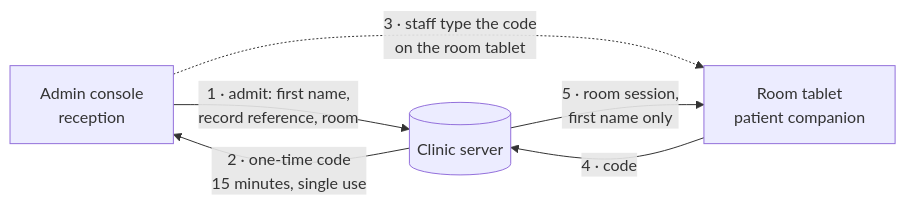
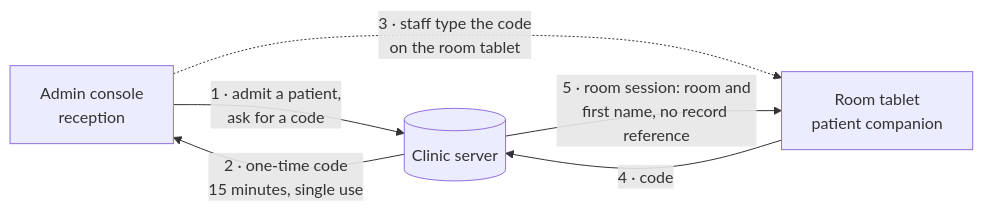
The second of 2 diagrams in README.md (choaibakrz/Care), drawn with Mermaid before and after one commit. The commit also changed other lines of this file and 3 other files, not shown here.

````diff
--- a/README.md
+++ b/README.md
@@ -58,8 +58,8 @@
 ```mermaid
 flowchart LR
-    A[Admin console<br/>reception] -- "1 · admit: first name,<br/>record reference, room" --> S[(Clinic server)]
+    A[Admin console<br/>reception] -- "1 · admit a patient,<br/>ask for a code" --> S[(Clinic server)]
     S -- "2 · one-time code<br/>15 minutes, single use" --> A
     A -. "3 · staff type the code<br/>on the room tablet" .-> T[Room tablet<br/>patient companion]
     T -- "4 · code" --> S
-    S -- "5 · room session,<br/>first name only" --> T
+    S -- "5 · room session: room and<br/>first name, no record reference" --> T
 ```
````
